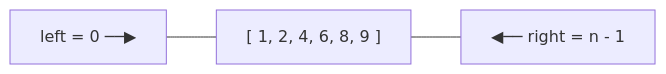
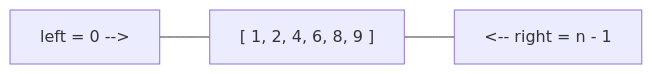
Before and after one commit to SanjayR857/All-in-One-Notes: the diagram in grokking-coding-interview/01-two-pointers.md, drawn with Mermaid. The commit also changed other lines of this file and 22 other files, not shown here.

````diff
--- a/grokking-coding-interview/01-two-pointers.md
+++ b/grokking-coding-interview/01-two-pointers.md
@@ -22,4 +20,4 @@
 ```mermaid
 flowchart LR
-    L["left = 0 ──▶"] --- A["[ 1, 2, 4, 6, 8, 9 ]"] --- R["◀── right = n - 1"]
+    L["left = 0 -->"] --- A["[ 1, 2, 4, 6, 8, 9 ]"] --- R["<-- right = n - 1"]
 ```
````
